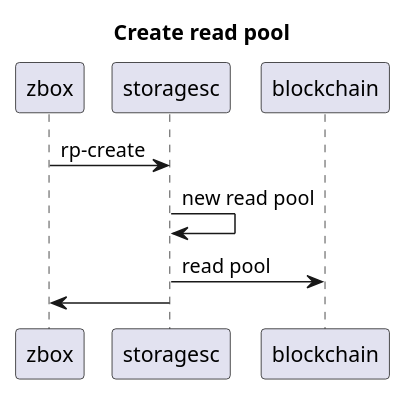
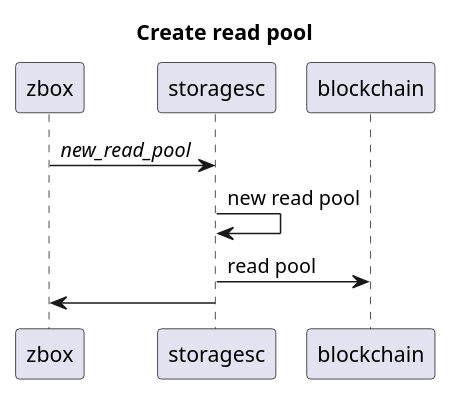
Diagram 26 of 32 in documents/uml.md (0chain/zboxcli), drawn with PlantUML before and after one commit. The commit also changed other lines of this file and 1 other file, not shown here.

````diff
--- a/documents/uml.md
+++ b/documents/uml.md
@@ -639,7 +638,7 @@
 ```puml
 title Create read pool
-zbox ->storagesc: rp-create
+zbox ->storagesc: //new_read_pool//
 storagesc ->storagesc: new read pool
 storagesc -> blockchain : read pool
 storagesc -> zbox
 ```
````
